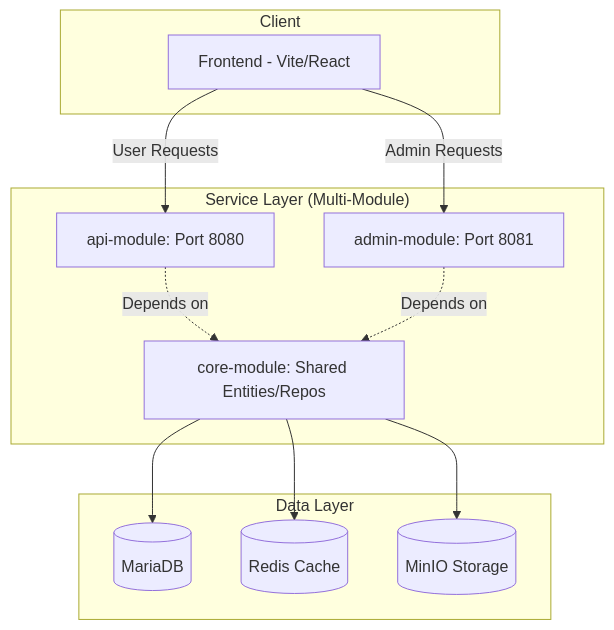
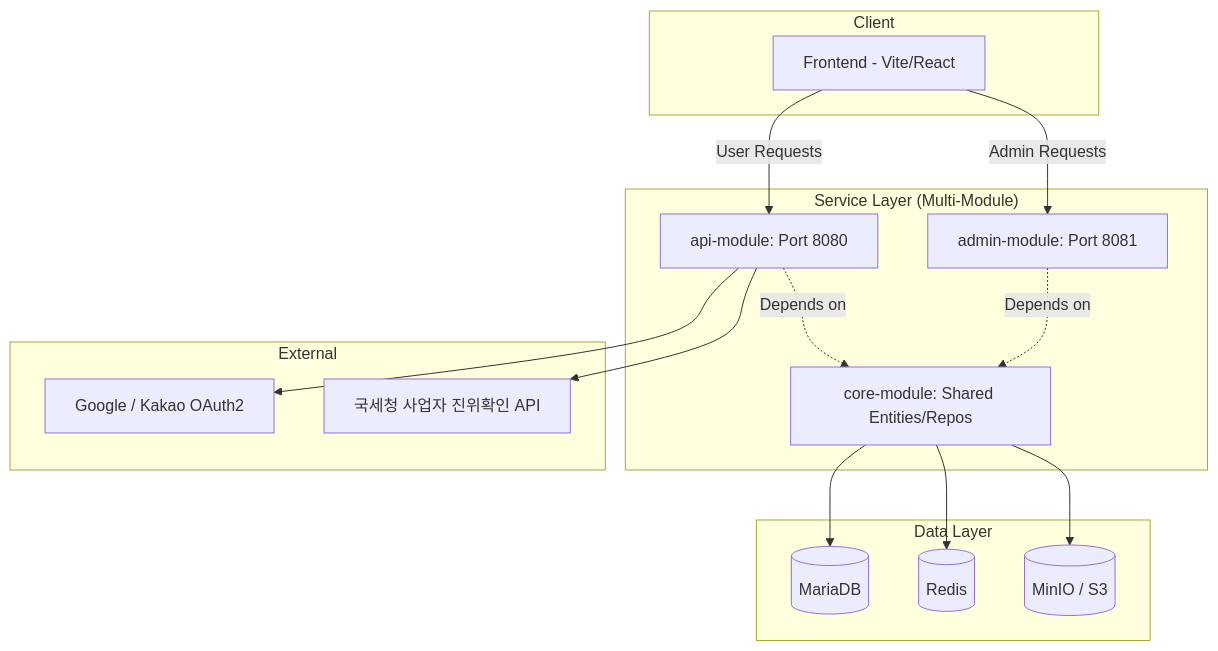
One commit to UR-VULN/Onde_Backend changed the first of 2 diagrams in README.md. Above: the diagram before and after it, drawn with Mermaid. The commit also changed other lines of this file and 15 other files, not shown here.

````diff
--- a/README.md
+++ b/README.md
@@ -104,26 +157,33 @@
 ```mermaid
 graph TD
     subgraph Client["Client"]
         FE[Frontend - Vite/React]
     end
 
     subgraph ServiceLayer["Service Layer (Multi-Module)"]
         API[api-module: Port 8080]
         ADMIN[admin-module: Port 8081]
         CORE[core-module: Shared Entities/Repos]
     end
 
     subgraph DataLayer["Data Layer"]
         DB[(MariaDB)]
-        RD[(Redis Cache)]
-        S3[(MinIO Storage)]
+        RD[(Redis)]
+        S3[(MinIO / S3)]
+    end
+
+    subgraph External["External"]
+        OAUTH[Google / Kakao OAuth2]
+        NTS[국세청 사업자 진위확인 API]
     end
 
     FE -->|User Requests| API
     FE -->|Admin Requests| ADMIN
     API -.->|Depends on| CORE
     ADMIN -.->|Depends on| CORE
     CORE --> DB
     CORE --> RD
     CORE --> S3
+    API --> OAUTH
+    API --> NTS
 ```
````
